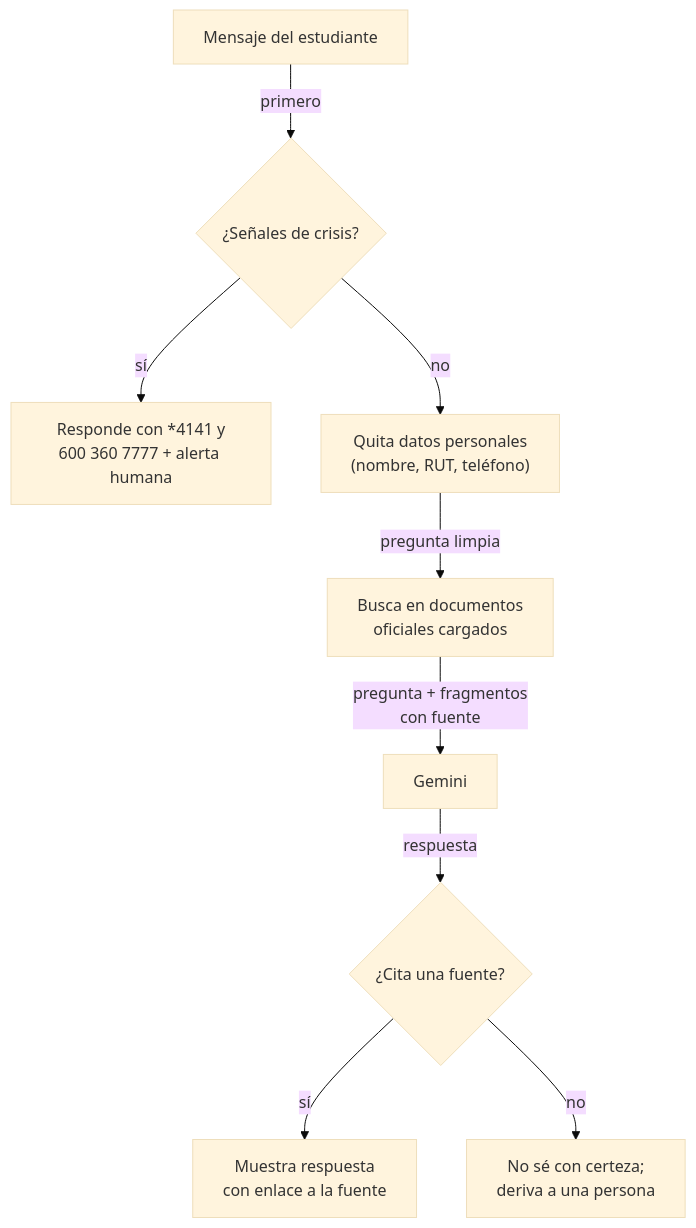
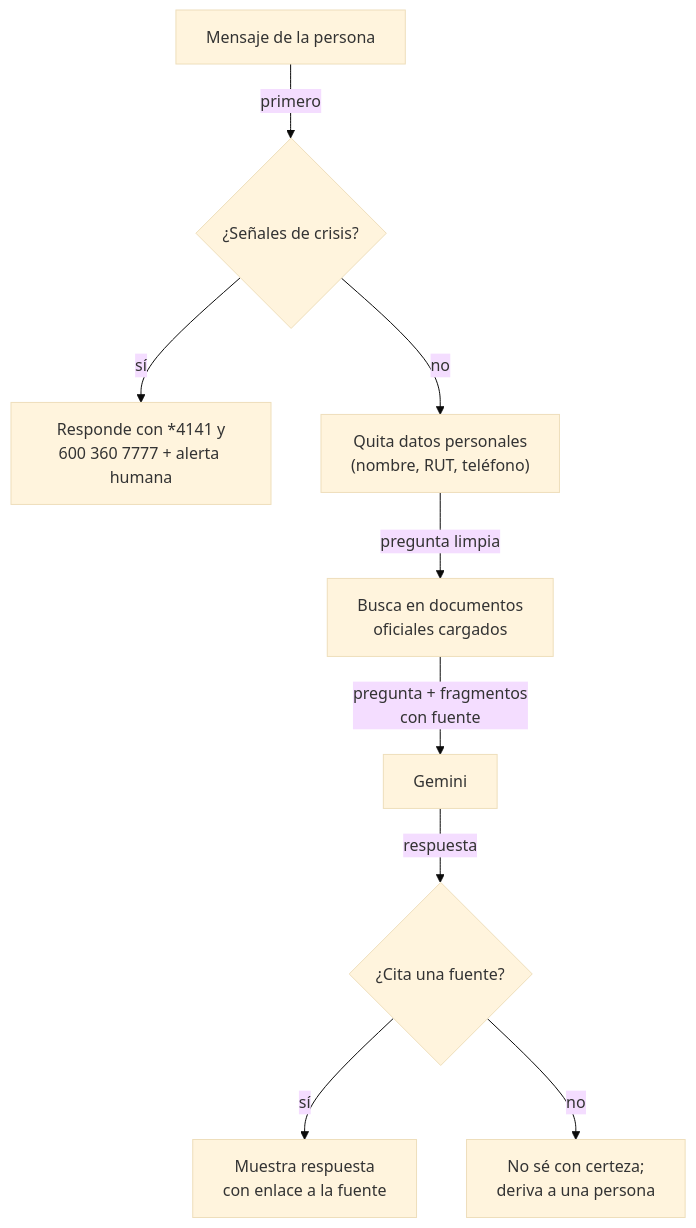
The fourth of 5 diagrams in docs/arquitectura.md (AE-SE/Agencia-de-Enlaces-y-Seguimiento-Estudiantil), drawn with Mermaid (base theme) before and after one commit. The commit also changed other lines of this file and 63 other files, not shown here.

````diff
--- a/docs/arquitectura.md
+++ b/docs/arquitectura.md
@@ -117,11 +146,11 @@
 ```mermaid
 flowchart TB
-    M["Mensaje del estudiante"] -->|"primero"| C{"¿Señales de crisis?"}
+    M["Mensaje de la persona"] -->|"primero"| C{"¿Señales de crisis?"}
     C -->|"sí"| K["Responde con *4141 y<br/>600 360 7777 + alerta humana"]
     C -->|"no"| S["Quita datos personales<br/>(nombre, RUT, teléfono)"]
     S -->|"pregunta limpia"| R["Busca en documentos<br/>oficiales cargados"]
     R -->|"pregunta + fragmentos<br/>con fuente"| G["Gemini"]
     G -->|"respuesta"| V{"¿Cita una fuente?"}
     V -->|"sí"| OK["Muestra respuesta<br/>con enlace a la fuente"]
     V -->|"no"| D["No sé con certeza;<br/>deriva a una persona"]
 ```
````
